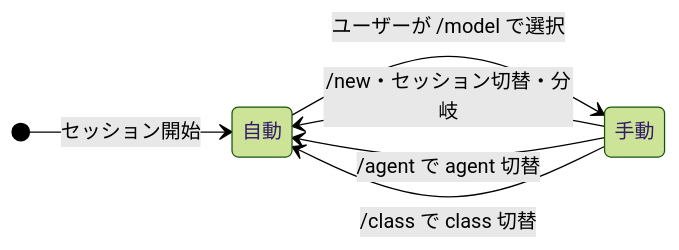
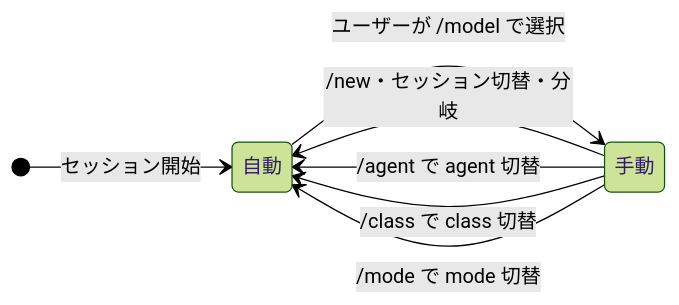
Before and after one commit to CatBraaain/dotfiles: the first of 3 diagrams in dotfiles/.pi/agent/extensions.exact/agents/SPEC.md, drawn with Mermaid (forest theme). The commit also changed other lines of this file and 5 other files, not shown here.

````diff
--- a/dotfiles/.pi/agent/extensions.exact/agents/SPEC.md
+++ b/dotfiles/.pi/agent/extensions.exact/agents/SPEC.md
@@ -298,9 +335,10 @@
 ```mermaid
 stateDiagram-v2
     direction LR
     [*] --> 自動: セッション開始
     自動 --> 手動: ユーザーが /model で選択
     手動 --> 自動: /new・セッション切替・分岐
     手動 --> 自動: /agent で agent 切替
     手動 --> 自動: /class で class 切替
+    手動 --> 自動: /mode で mode 切替
 ```
````
